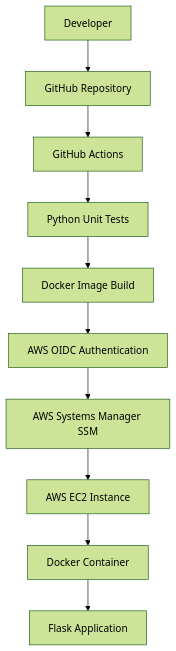
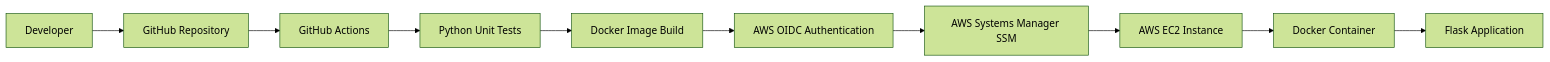
Before and after one commit to harshalbagul0987-ux/aws-devops-cicd-project: the diagram in README.md, drawn with Mermaid (forest theme). The commit also changed other lines of this file, not shown here.

Commit message:
Add CI/CD architecture diagram

````diff
--- a/README.md
+++ b/README.md
@@ -14,12 +12,12 @@
 ```mermaid
-flowchart TD
+flowchart LR
     A[Developer] --> B[GitHub Repository]
     B --> C[GitHub Actions]
     C --> D[Python Unit Tests]
     D --> E[Docker Image Build]
     E --> F[AWS OIDC Authentication]
     F --> G[AWS Systems Manager SSM]
     G --> H[AWS EC2 Instance]
     H --> I[Docker Container]
     I --> J[Flask Application]
 ```
````
